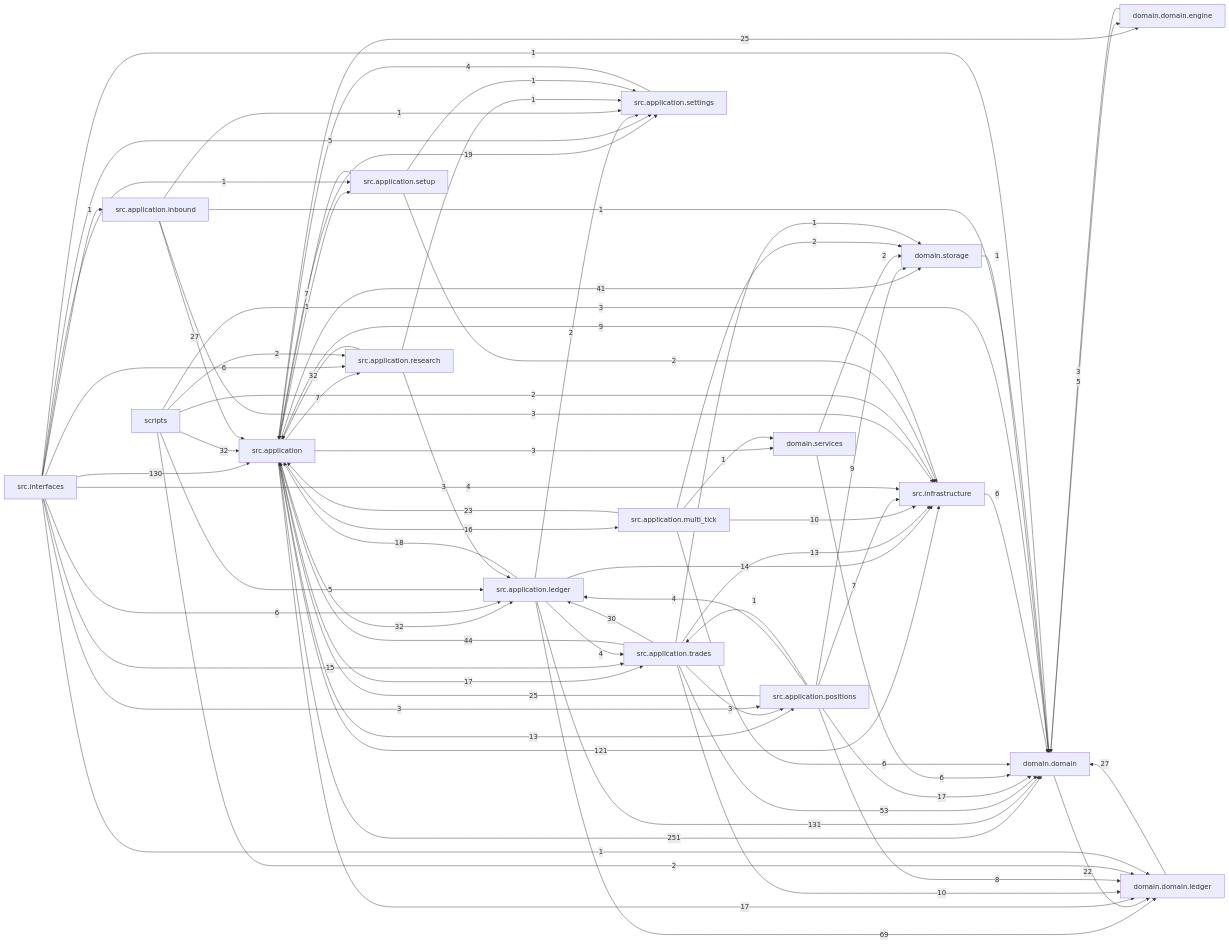
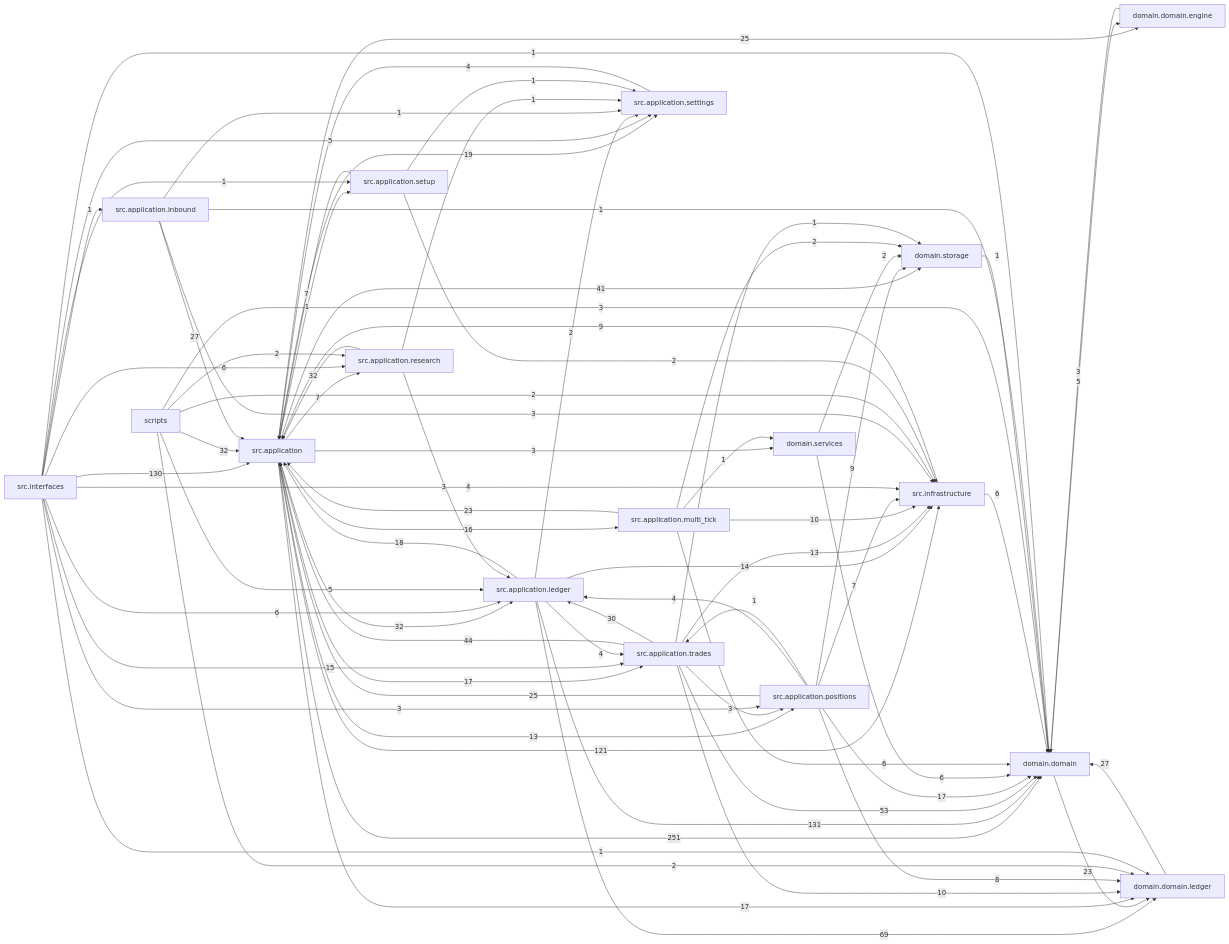
The diagram in docs/dependency_graph.mmd (liuxie066/options-monitor), drawn with Mermaid before and after one commit. The commit also changed 6 other files, not shown here.

```diff
--- a/docs/dependency_graph.mmd
+++ b/docs/dependency_graph.mmd
@@ -1,76 +1,76 @@
 flowchart LR
   src_application["src.application"] -->|251| domain_domain["domain.domain"]
   src_application_ledger["src.application.ledger"] -->|131| domain_domain["domain.domain"]
   src_interfaces["src.interfaces"] -->|130| src_application["src.application"]
   src_application["src.application"] -->|121| src_infrastructure["src.infrastructure"]
   src_application_ledger["src.application.ledger"] -->|69| domain_domain_ledger["domain.domain.ledger"]
   src_application_trades["src.application.trades"] -->|53| domain_domain["domain.domain"]
   src_application_trades["src.application.trades"] -->|44| src_application["src.application"]
   src_application["src.application"] -->|41| domain_storage["domain.storage"]
   scripts["scripts"] -->|32| src_application["src.application"]
   src_application["src.application"] -->|32| src_application_ledger["src.application.ledger"]
   src_application_research["src.application.research"] -->|32| src_application["src.application"]
   src_application_trades["src.application.trades"] -->|30| src_application_ledger["src.application.ledger"]
   domain_domain_ledger["domain.domain.ledger"] -->|27| domain_domain["domain.domain"]
   src_application_inbound["src.application.inbound"] -->|27| src_application["src.application"]
   src_application["src.application"] -->|25| domain_domain_engine["domain.domain.engine"]
   src_application_positions["src.application.positions"] -->|25| src_application["src.application"]
+  domain_domain["domain.domain"] -->|23| domain_domain_ledger["domain.domain.ledger"]
   src_application_multi_tick["src.application.multi_tick"] -->|23| src_application["src.application"]
-  domain_domain["domain.domain"] -->|22| domain_domain_ledger["domain.domain.ledger"]
   src_application["src.application"] -->|19| src_application_settings["src.application.settings"]
   src_application_ledger["src.application.ledger"] -->|18| src_application["src.application"]
   src_application["src.application"] -->|17| domain_domain_ledger["domain.domain.ledger"]
   src_application["src.application"] -->|17| src_application_trades["src.application.trades"]
   src_application_positions["src.application.positions"] -->|17| domain_domain["domain.domain"]
   src_application["src.application"] -->|16| src_application_multi_tick["src.application.multi_tick"]
   src_interfaces["src.interfaces"] -->|15| src_application_trades["src.application.trades"]
   src_application_ledger["src.application.ledger"] -->|14| src_infrastructure["src.infrastructure"]
   src_application["src.application"] -->|13| src_application_positions["src.application.positions"]
   src_application_trades["src.application.trades"] -->|13| src_infrastructure["src.infrastructure"]
   src_application_multi_tick["src.application.multi_tick"] -->|10| src_infrastructure["src.infrastructure"]
   src_application_trades["src.application.trades"] -->|10| domain_domain_ledger["domain.domain.ledger"]
   src_application_positions["src.application.positions"] -->|9| domain_storage["domain.storage"]
   src_infrastructure["src.infrastructure"] -->|9| src_application["src.application"]
   src_application_positions["src.application.positions"] -->|8| domain_domain_ledger["domain.domain.ledger"]
   src_application["src.application"] -->|7| src_application_research["src.application.research"]
   src_application_positions["src.application.positions"] -->|7| src_infrastructure["src.infrastructure"]
   src_application_setup["src.application.setup"] -->|7| src_application["src.application"]
   domain_services["domain.services"] -->|6| domain_domain["domain.domain"]
   src_application_multi_tick["src.application.multi_tick"] -->|6| domain_domain["domain.domain"]
   src_infrastructure["src.infrastructure"] -->|6| domain_domain["domain.domain"]
   src_interfaces["src.interfaces"] -->|6| src_application_ledger["src.application.ledger"]
   src_interfaces["src.interfaces"] -->|6| src_application_research["src.application.research"]
   domain_domain["domain.domain"] -->|5| domain_domain_engine["domain.domain.engine"]
   scripts["scripts"] -->|5| src_application_ledger["src.application.ledger"]
   src_interfaces["src.interfaces"] -->|5| src_application_settings["src.application.settings"]
   src_application_ledger["src.application.ledger"] -->|4| src_application_trades["src.application.trades"]
   src_application_positions["src.application.positions"] -->|4| src_application_ledger["src.application.ledger"]
   src_application_settings["src.application.settings"] -->|4| src_application["src.application"]
   src_interfaces["src.interfaces"] -->|4| src_infrastructure["src.infrastructure"]
   domain_domain_engine["domain.domain.engine"] -->|3| domain_domain["domain.domain"]
   scripts["scripts"] -->|3| domain_domain["domain.domain"]
   src_application["src.application"] -->|3| domain_services["domain.services"]
   src_application_inbound["src.application.inbound"] -->|3| src_infrastructure["src.infrastructure"]
   src_application_research["src.application.research"] -->|3| src_application_ledger["src.application.ledger"]
   src_application_trades["src.application.trades"] -->|3| src_application_positions["src.application.positions"]
   src_interfaces["src.interfaces"] -->|3| src_application_positions["src.application.positions"]
   domain_services["domain.services"] -->|2| domain_storage["domain.storage"]
   scripts["scripts"] -->|2| domain_domain_ledger["domain.domain.ledger"]
   scripts["scripts"] -->|2| src_application_research["src.application.research"]
   scripts["scripts"] -->|2| src_infrastructure["src.infrastructure"]
   src_application_ledger["src.application.ledger"] -->|2| src_application_settings["src.application.settings"]
   src_application_multi_tick["src.application.multi_tick"] -->|2| domain_storage["domain.storage"]
   src_application_setup["src.application.setup"] -->|2| src_infrastructure["src.infrastructure"]
   domain_storage["domain.storage"] -->|1| domain_domain["domain.domain"]
   src_application["src.application"] -->|1| src_application_setup["src.application.setup"]
   src_application_inbound["src.application.inbound"] -->|1| domain_domain["domain.domain"]
   src_application_inbound["src.application.inbound"] -->|1| src_application_settings["src.application.settings"]
   src_application_multi_tick["src.application.multi_tick"] -->|1| domain_services["domain.services"]
   src_application_positions["src.application.positions"] -->|1| src_application_trades["src.application.trades"]
   src_application_research["src.application.research"] -->|1| src_application_settings["src.application.settings"]
   src_application_setup["src.application.setup"] -->|1| src_application_settings["src.application.settings"]
   src_application_trades["src.application.trades"] -->|1| domain_storage["domain.storage"]
   src_interfaces["src.interfaces"] -->|1| domain_domain["domain.domain"]
   src_interfaces["src.interfaces"] -->|1| domain_domain_ledger["domain.domain.ledger"]
   src_interfaces["src.interfaces"] -->|1| src_application_inbound["src.application.inbound"]
   src_interfaces["src.interfaces"] -->|1| src_application_setup["src.application.setup"]
```
